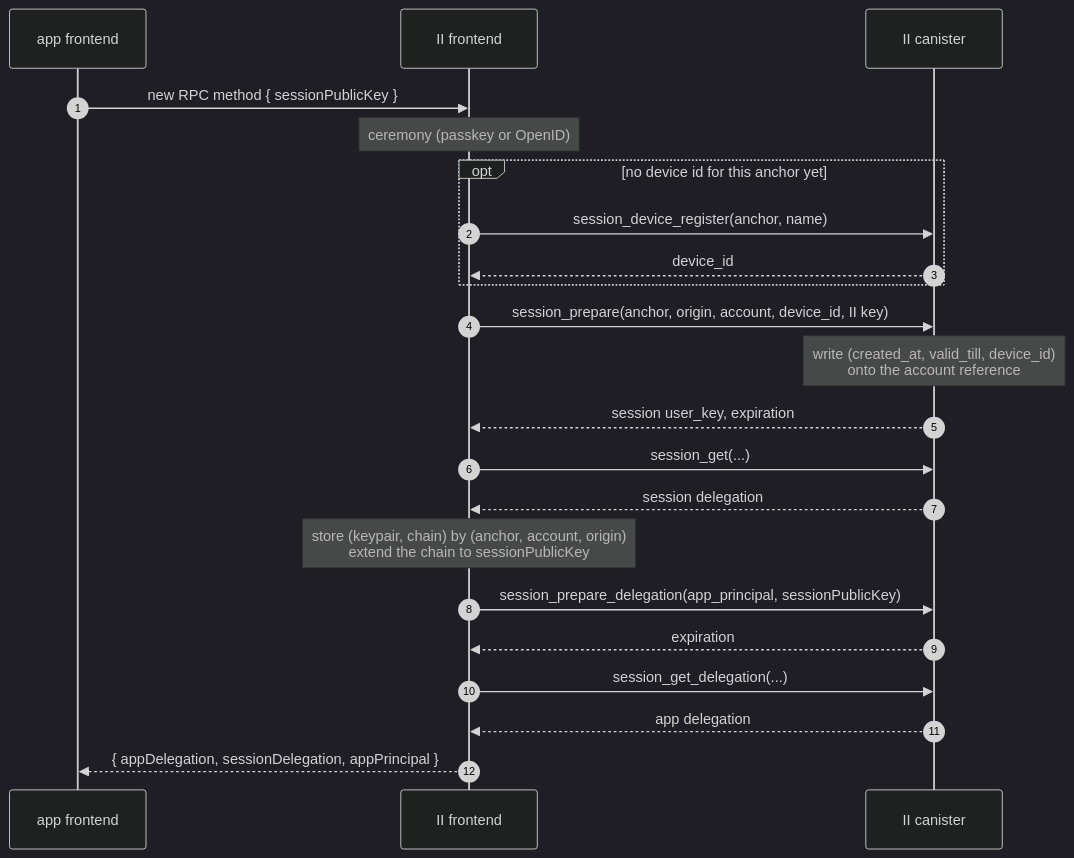
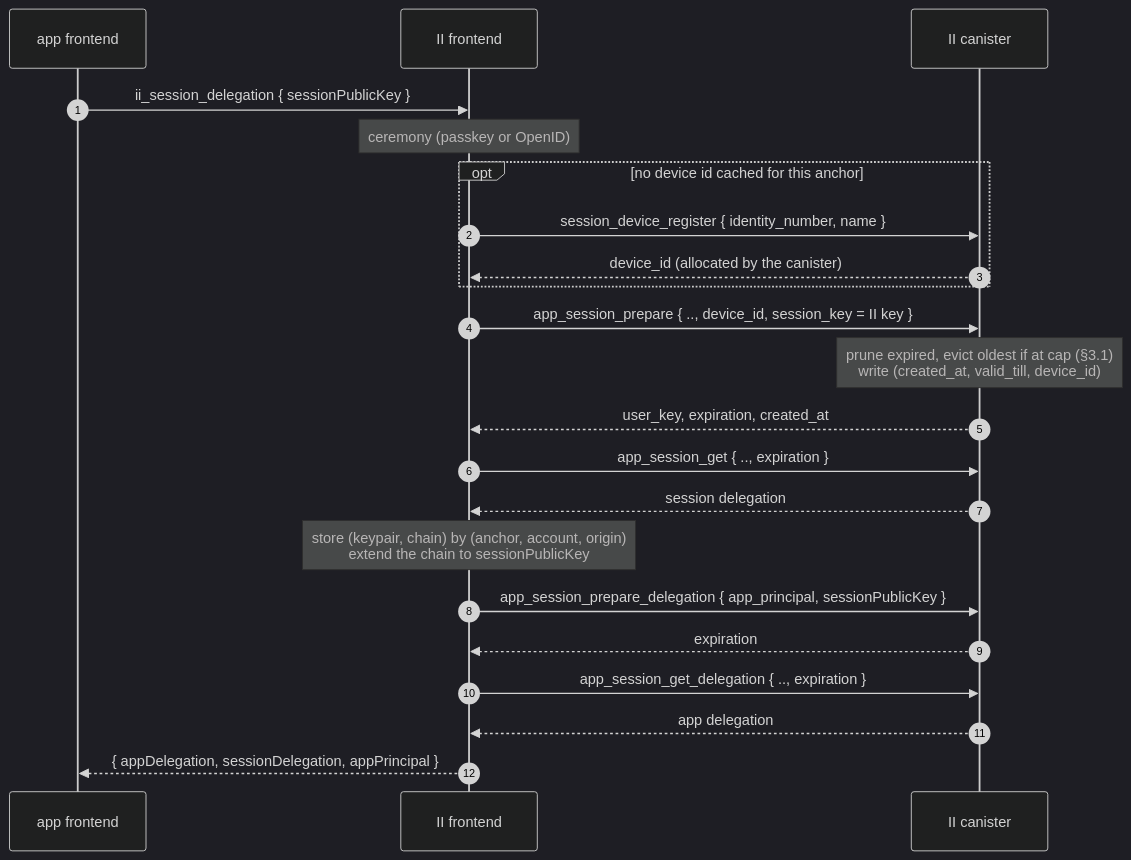
One commit to dfinity/internet-identity changed the third of 7 diagrams in docs/ongoing/revocable-app-sessions.md. Above: the diagram before and after it, drawn with Mermaid (dark theme). The commit also changed other lines of this file, not shown here.

````diff
--- a/docs/ongoing/revocable-app-sessions.md
+++ b/docs/ongoing/revocable-app-sessions.md
@@ -307,24 +190,24 @@
 ```mermaid
 sequenceDiagram
     autonumber
     participant App as app frontend
     participant IIF as II frontend
     participant IIC as II canister
-    App->>IIF: new RPC method { sessionPublicKey }
+    App->>IIF: ii_session_delegation { sessionPublicKey }
     Note over IIF: ceremony (passkey or OpenID)
-    opt no device id for this anchor yet
-        IIF->>IIC: session_device_register(anchor, name)
-        IIC-->>IIF: device_id
+    opt no device id cached for this anchor
+        IIF->>IIC: session_device_register { identity_number, name }
+        IIC-->>IIF: device_id (allocated by the canister)
     end
-    IIF->>IIC: session_prepare(anchor, origin, account, device_id, II key)
-    Note over IIC: write (created_at, valid_till, device_id)<br/>onto the account reference
-    IIC-->>IIF: session user_key, expiration
-    IIF->>IIC: session_get(...)
+    IIF->>IIC: app_session_prepare { .., device_id, session_key = II key }
+    Note over IIC: prune expired, evict oldest if at cap (§3.1)<br/>write (created_at, valid_till, device_id)
+    IIC-->>IIF: user_key, expiration, created_at
+    IIF->>IIC: app_session_get { .., expiration }
     IIC-->>IIF: session delegation
     Note over IIF: store (keypair, chain) by (anchor, account, origin)<br/>extend the chain to sessionPublicKey
-    IIF->>IIC: session_prepare_delegation(app_principal, sessionPublicKey)
+    IIF->>IIC: app_session_prepare_delegation { app_principal, sessionPublicKey }
     IIC-->>IIF: expiration
-    IIF->>IIC: session_get_delegation(...)
+    IIF->>IIC: app_session_get_delegation { .., expiration }
     IIC-->>IIF: app delegation
     IIF-->>App: { appDelegation, sessionDelegation, appPrincipal }
 ```
````
